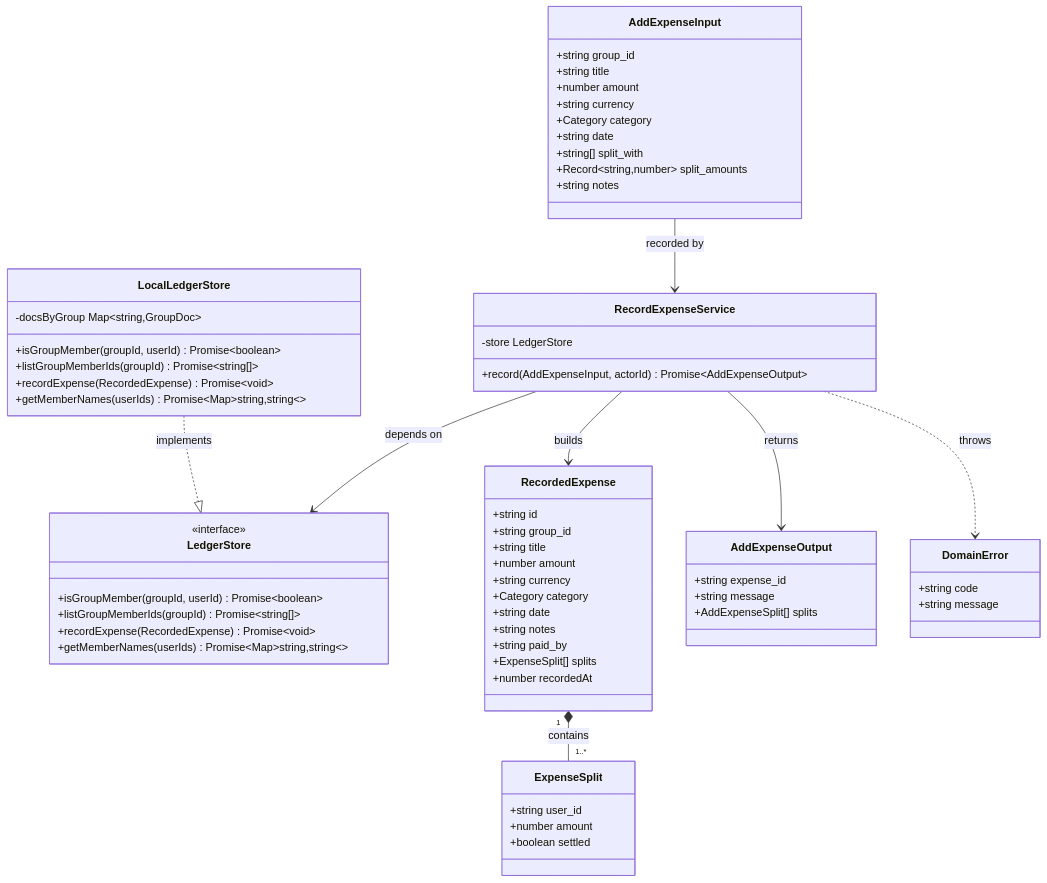
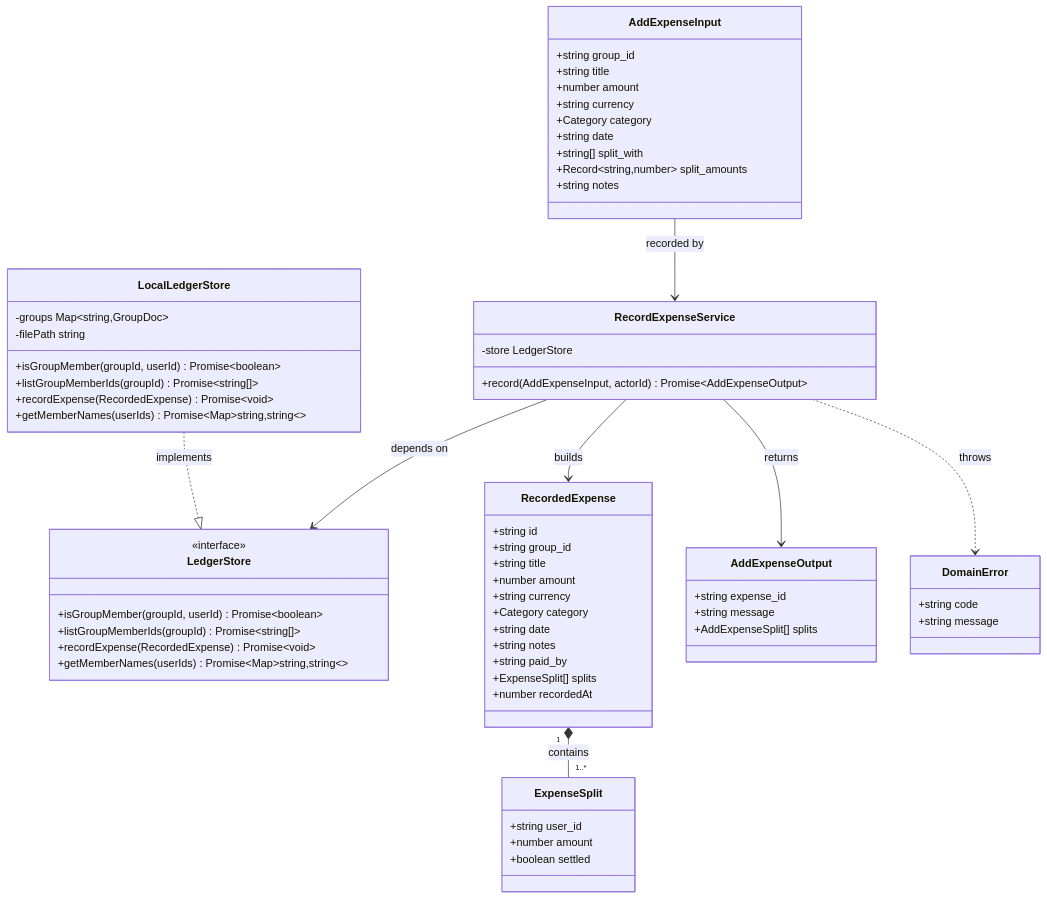
Before and after one commit to tonytvo/clario: the diagram in spdd/prompt/GGQPA-XXX-202609190734-[Feat]-api-record-expense-local-first.md, drawn with Mermaid. The commit also changed other lines of this file and 35 other files, not shown here.

````diff
--- a/spdd/prompt/GGQPA-XXX-202609190734-[Feat]-api-record-expense-local-first.md
+++ b/spdd/prompt/GGQPA-XXX-202609190734-[Feat]-api-record-expense-local-first.md
@@ -14,76 +14,77 @@
 ```mermaid
 classDiagram
 direction TB
 
 class LedgerStore {
     <<interface>>
     +isGroupMember(groupId, userId) Promise~boolean~
     +listGroupMemberIds(groupId) Promise~string[]~
     +recordExpense(RecordedExpense) Promise~void~
     +getMemberNames(userIds) Promise~Map~string,string~~
 }
 
 class LocalLedgerStore {
-    -docsByGroup Map~string,GroupDoc~
+    -groups Map~string,GroupDoc~
+    -filePath string
     +isGroupMember(groupId, userId) Promise~boolean~
     +listGroupMemberIds(groupId) Promise~string[]~
     +recordExpense(RecordedExpense) Promise~void~
     +getMemberNames(userIds) Promise~Map~string,string~~
 }
 
 class RecordExpenseService {
     -store LedgerStore
     +record(AddExpenseInput, actorId) Promise~AddExpenseOutput~
 }
 
 class RecordedExpense {
     +string id
     +string group_id
     +string title
     +number amount
     +string currency
     +Category category
     +string date
     +string notes
     +string paid_by
     +ExpenseSplit[] splits
     +number recordedAt
 }
 
 class ExpenseSplit {
     +string user_id
     +number amount
     +boolean settled
 }
 
 class AddExpenseInput {
     +string group_id
     +string title
     +number amount
     +string currency
     +Category category
     +string date
     +string[] split_with
     +Record~string,number~ split_amounts
     +string notes
 }
 
 class AddExpenseOutput {
     +string expense_id
     +string message
     +AddExpenseSplit[] splits
 }
 
 class DomainError {
     +string code
     +string message
 }
 
 LocalLedgerStore ..|> LedgerStore : implements
 RecordExpenseService --> LedgerStore : depends on
 RecordExpenseService --> RecordedExpense : builds
 RecordedExpense "1" *-- "1..*" ExpenseSplit : contains
 AddExpenseInput --> RecordExpenseService : recorded by
 RecordExpenseService --> AddExpenseOutput : returns
 RecordExpenseService ..> DomainError : throws
 ```
````
